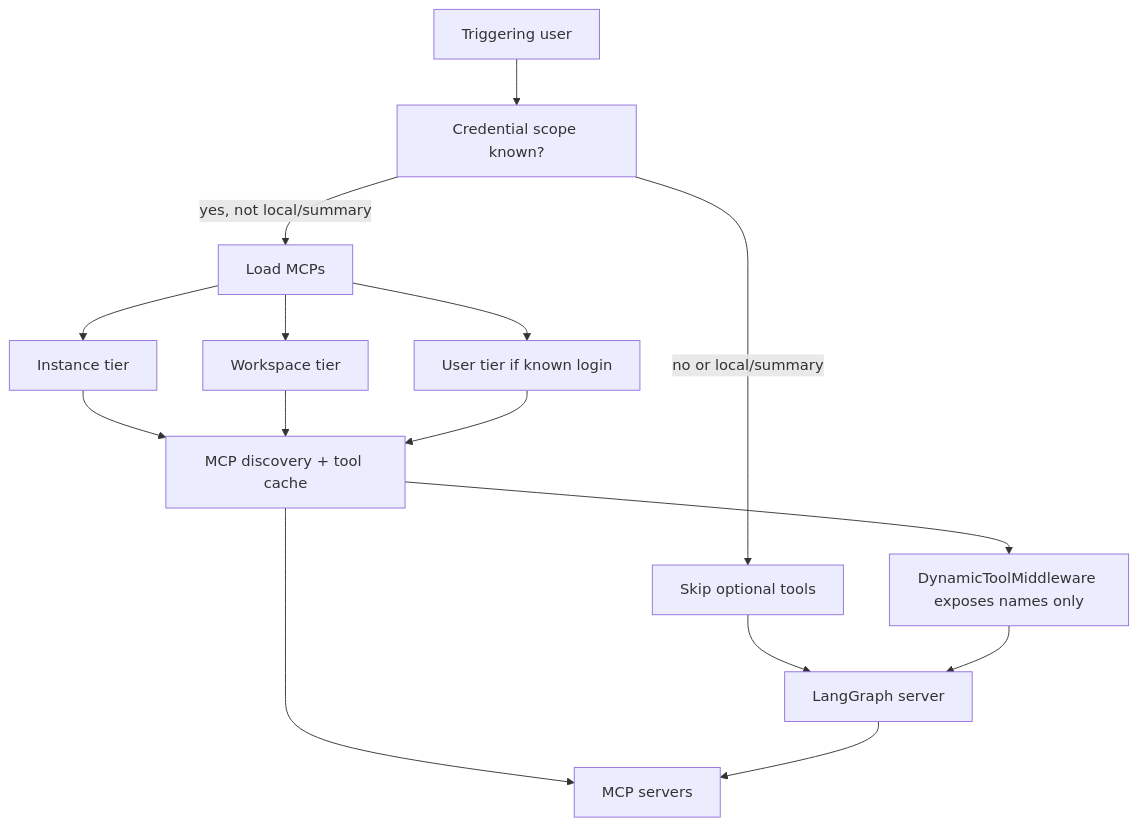
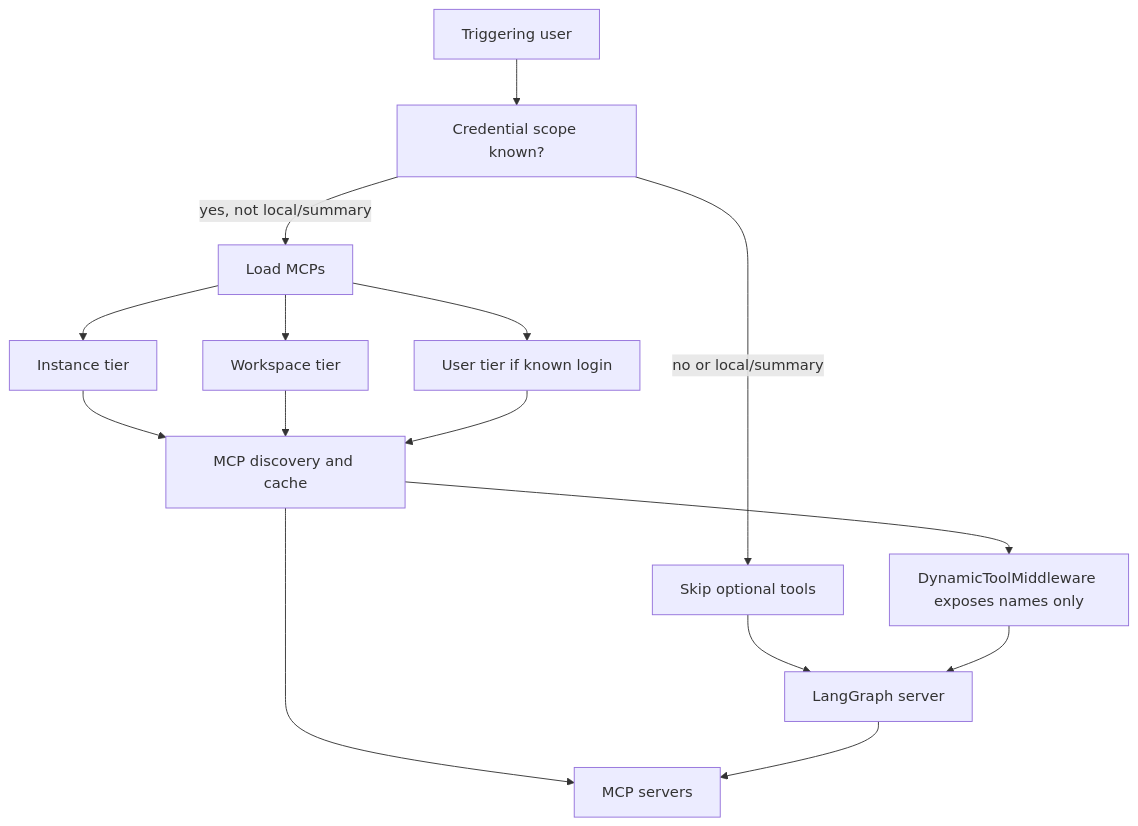
One commit to aeteq/open-swe changed the diagram in openwiki/integrations/observability-and-mcp.md. Above: the diagram before and after it, drawn with Mermaid. The commit also changed other lines of this file and 44 other files, not shown here.

````diff
--- a/openwiki/integrations/observability-and-mcp.md
+++ b/openwiki/integrations/observability-and-mcp.md
@@ -179,17 +179,17 @@
 ```mermaid
 graph TD
   Trigger["Triggering user"] --> Scope["Credential scope known?"]
   Scope -->|yes, not local/summary| Load["Load MCPs"]
   Scope -->|no or local/summary| Skip["Skip optional tools"]
   Load --> Instance["Instance tier"]
   Load --> Workspace["Workspace tier"]
   Load --> User["User tier if known login"]
-  Instance --> Discover["MCP discovery + tool cache"]
+  Instance --> Discover["MCP discovery and cache"]
   Workspace --> Discover
   User --> Discover
   Discover --> Dynamic["DynamicToolMiddleware exposes names only"]
   Skip --> Server["LangGraph server"]
   Dynamic --> Server
   Discover --> MCP["MCP servers"]
   Server --> MCP
 ```
````
